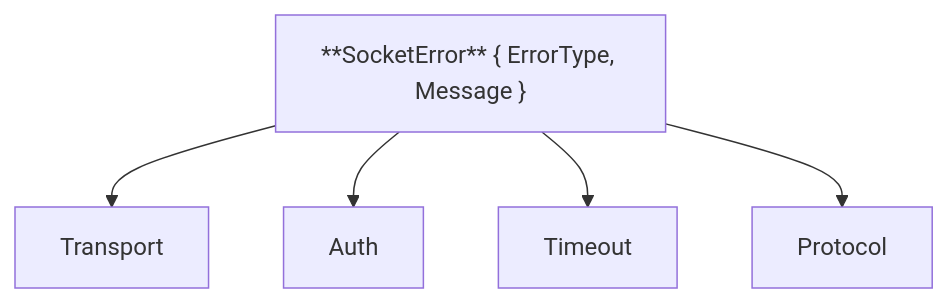
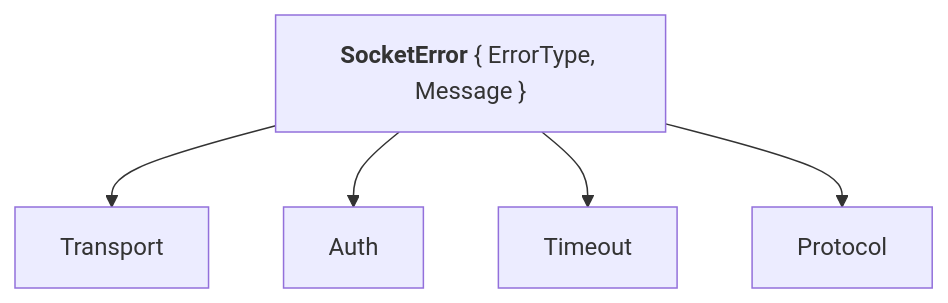
Before and after one commit to Magithar/socketio-unity: the fourth of 8 diagrams in Documentation~/ARCHITECTURE.md, drawn with Mermaid. The commit also changed other lines of this file, not shown here.

Commit message:
Release v1.3.1 - Use HTML bold tags in Mermaid node labels for correct rendering

````diff
--- a/Documentation~/ARCHITECTURE.md
+++ b/Documentation~/ARCHITECTURE.md
@@ -50,9 +50,9 @@
 ```mermaid
 graph TD
-    SE["**SocketError** { ErrorType, Message }"]
+    SE["<b>SocketError</b> { ErrorType, Message }"]
 
     SE --> ET1["Transport"]
     SE --> ET2["Auth"]
     SE --> ET3["Timeout"]
     SE --> ET4["Protocol"]
 ```
````
